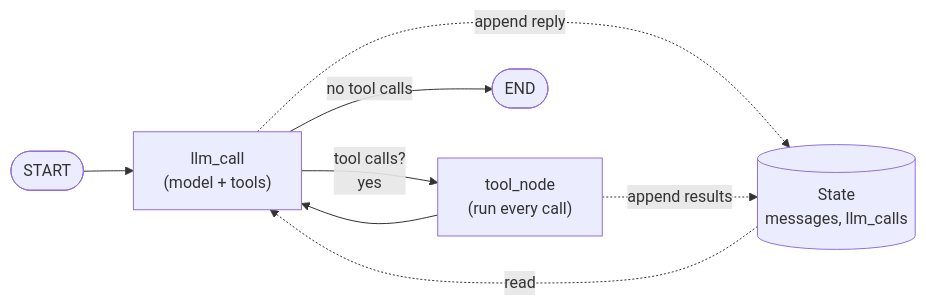
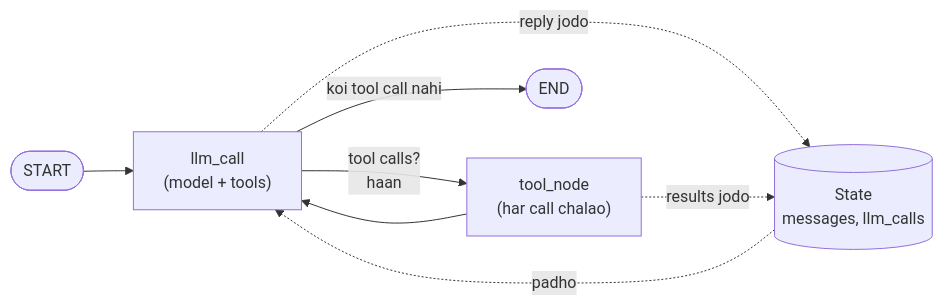
One commit to asmustechno/agentic-ai-notes changed the diagram in docs/11-frameworks/11.2-langgraph.md. Above: the diagram before and after it, drawn with Mermaid. The commit also changed other lines of this file and 135 other files, not shown here.

````diff
--- a/docs/11-frameworks/11.2-langgraph.md
+++ b/docs/11-frameworks/11.2-langgraph.md
@@ -48,10 +48,10 @@
 ```mermaid
 flowchart LR
     S([START]) --> L["llm_call<br/>(model + tools)"]
-    L -->|"tool calls?<br/>yes"| T["tool_node<br/>(run every call)"]
+    L -->|"tool calls?<br/>haan"| T["tool_node<br/>(har call chalao)"]
     T --> L
-    L -->|"no tool calls"| E([END])
-    ST[("State<br/>messages, llm_calls")] -.->|read| L
-    L -.->|"append reply"| ST
-    T -.->|"append results"| ST
+    L -->|"koi tool call nahi"| E([END])
+    ST[("State<br/>messages, llm_calls")] -.->|padho| L
+    L -.->|"reply jodo"| ST
+    T -.->|"results jodo"| ST
 ```
````
